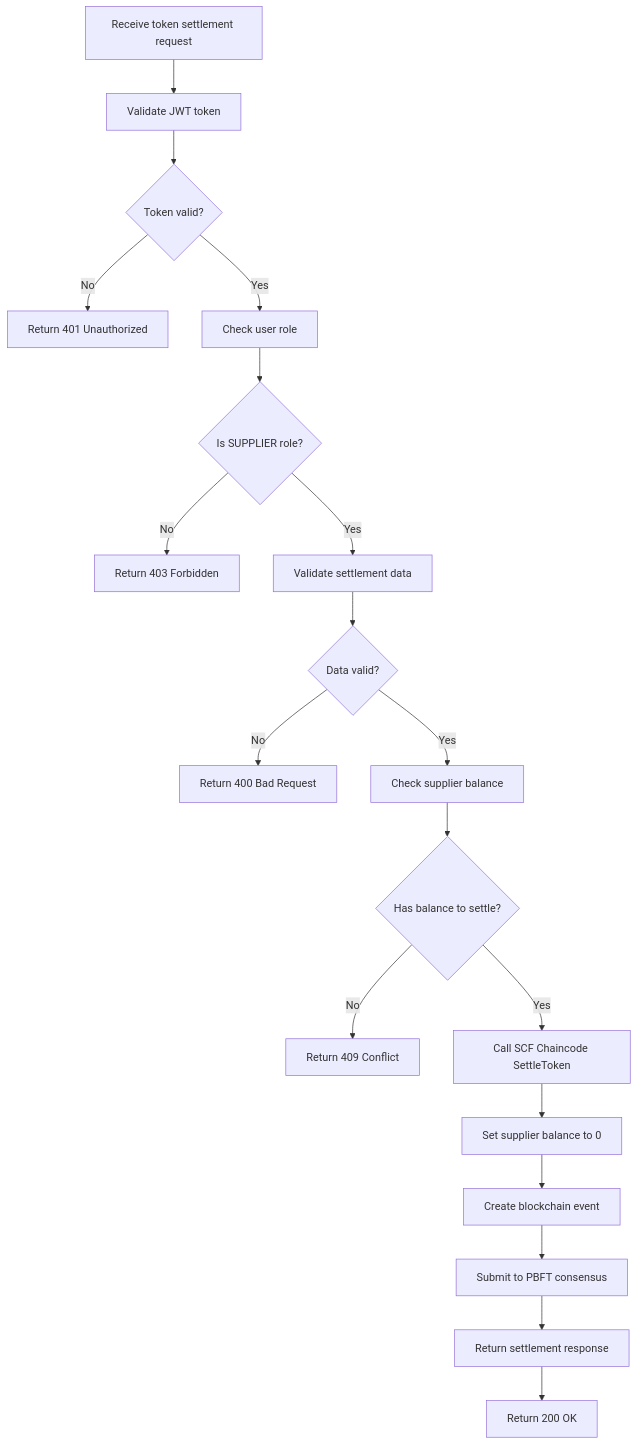
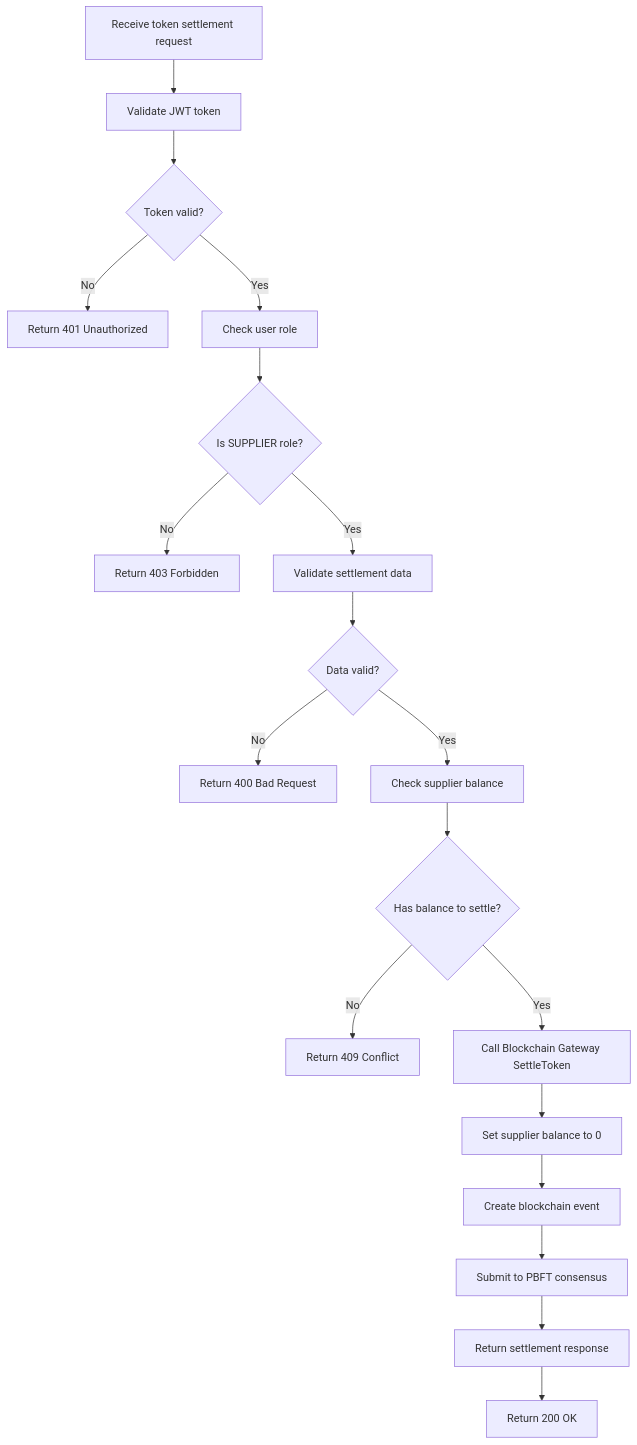
Diagram 18 of 25 in System_Design_Document.md (trunghc97/blockchain), drawn with Mermaid before and after one commit. The commit also changed other lines of this file and 1 other file, not shown here.

````diff
--- a/System_Design_Document.md
+++ b/System_Design_Document.md
@@ -1306,21 +1734,21 @@
 ```mermaid
 flowchart TD
     A[Receive token settlement request] --> B[Validate JWT token]
     B --> C{Token valid?}
     C -->|No| D[Return 401 Unauthorized]
     C -->|Yes| E[Check user role]
     E --> F{Is SUPPLIER role?}
     F -->|No| G[Return 403 Forbidden]
     F -->|Yes| H[Validate settlement data]
     H --> I{Data valid?}
     I -->|No| J[Return 400 Bad Request]
     I -->|Yes| K[Check supplier balance]
     K --> L{Has balance to settle?}
     L -->|No| M[Return 409 Conflict]
-    L -->|Yes| N[Call SCF Chaincode SettleToken]
+    L -->|Yes| N[Call Blockchain Gateway SettleToken]
     N --> O[Set supplier balance to 0]
     O --> P[Create blockchain event]
     P --> Q[Submit to PBFT consensus]
     Q --> R[Return settlement response]
     R --> S[Return 200 OK]
 ```
````
